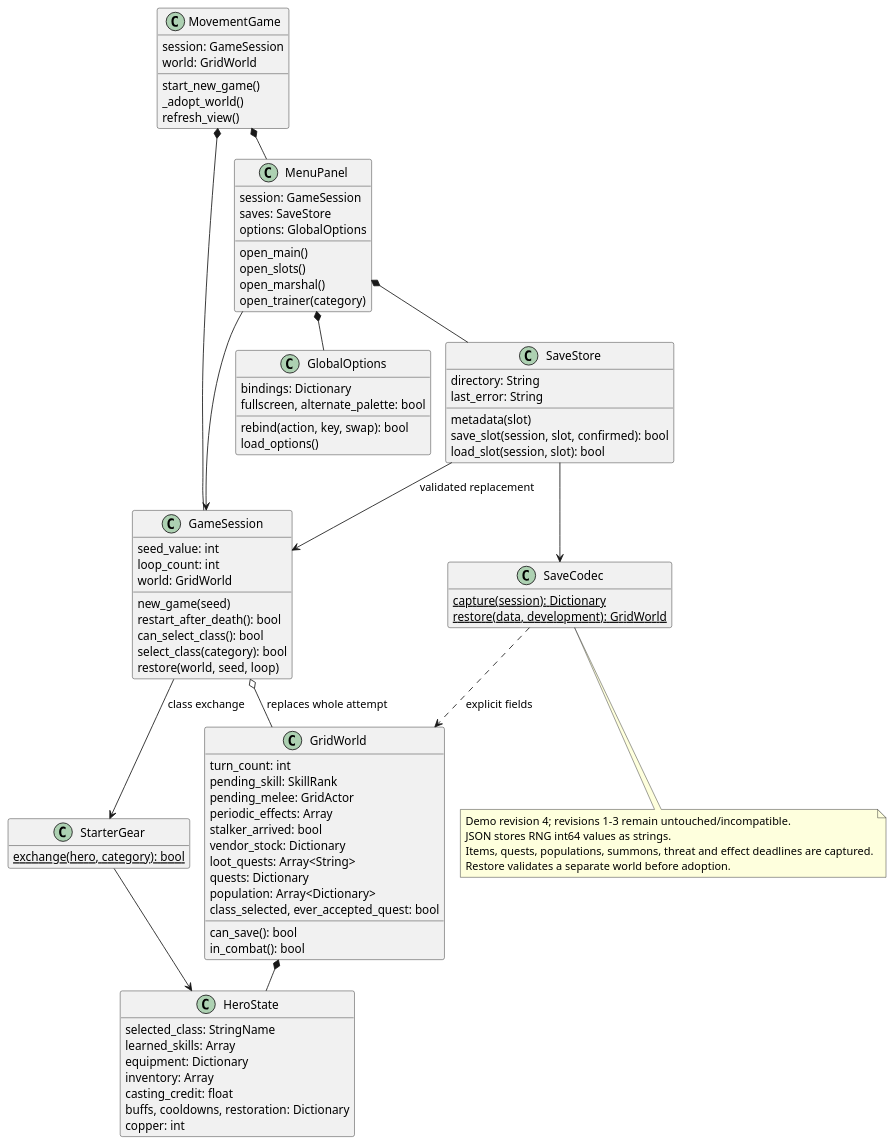
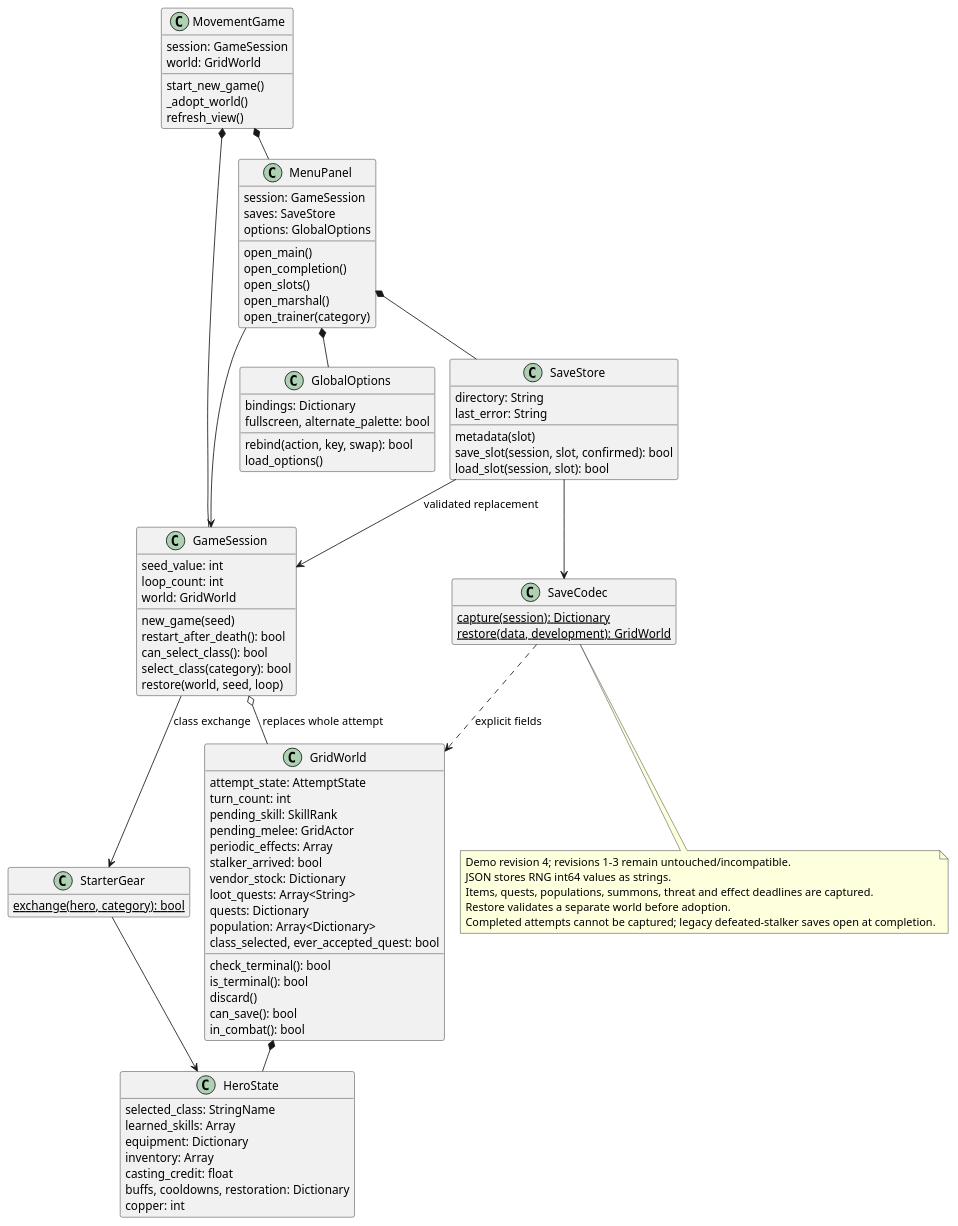
One commit to VHonzik/Ostinato changed the diagram in docs/architecture/classes/loop_save.puml. Above: the diagram before and after it, drawn with PlantUML. The commit also changed 25 other files, not shown here.

First line of the commit message:
M8-A: Stalker victory and terminal effect ordering (#18)

```diff
--- a/docs/architecture/classes/loop_save.puml
+++ b/docs/architecture/classes/loop_save.puml
@@ -1,93 +1,99 @@
 @startuml
 !pragma layout smetana
 skinparam shadowing false
 skinparam classAttributeIconSize 0
 hide empty members
 class MovementGame {
   session: GameSession
   world: GridWorld
   start_new_game()
   _adopt_world()
   refresh_view()
 }
 class GameSession {
   seed_value: int
   loop_count: int
   world: GridWorld
   new_game(seed)
   restart_after_death(): bool
   can_select_class(): bool
   select_class(category): bool
   restore(world, seed, loop)
 }
 class GridWorld {
+  attempt_state: AttemptState
+  check_terminal(): bool
+  is_terminal(): bool
+  discard()
   turn_count: int
   pending_skill: SkillRank
   pending_melee: GridActor
   periodic_effects: Array
   stalker_arrived: bool
   vendor_stock: Dictionary
   loot_quests: Array<String>
   quests: Dictionary
   population: Array<Dictionary>
   class_selected, ever_accepted_quest: bool
   can_save(): bool
   in_combat(): bool
 }
 class HeroState {
   selected_class: StringName
   learned_skills: Array
   equipment: Dictionary
   inventory: Array
   casting_credit: float
   buffs, cooldowns, restoration: Dictionary
   copper: int
 }
 class StarterGear {
   {static} exchange(hero, category): bool
 }
 class SaveStore {
   directory: String
   last_error: String
   metadata(slot)
   save_slot(session, slot, confirmed): bool
   load_slot(session, slot): bool
 }
 class SaveCodec {
   {static} capture(session): Dictionary
   {static} restore(data, development): GridWorld
 }
 class MenuPanel {
   session: GameSession
   saves: SaveStore
   options: GlobalOptions
   open_main()
+  open_completion()
   open_slots()
   open_marshal()
   open_trainer(category)
 }
 class GlobalOptions {
   bindings: Dictionary
   fullscreen, alternate_palette: bool
   rebind(action, key, swap): bool
   load_options()
 }
 MovementGame *-- MenuPanel
 MovementGame *-- GameSession
 GameSession o-- GridWorld : replaces whole attempt
 GridWorld *-- HeroState
 GameSession --> StarterGear : class exchange
 StarterGear --> HeroState
 MenuPanel *-- SaveStore
 MenuPanel *-- GlobalOptions
 MenuPanel --> GameSession
 SaveStore --> SaveCodec
 SaveStore --> GameSession : validated replacement
 SaveCodec ..> GridWorld : explicit fields
 note bottom of SaveCodec
 Demo revision 4; revisions 1-3 remain untouched/incompatible.
 JSON stores RNG int64 values as strings.
 Items, quests, populations, summons, threat and effect deadlines are captured.
 Restore validates a separate world before adoption.
+Completed attempts cannot be captured; legacy defeated-stalker saves open at completion.
 end note
 @enduml
```
